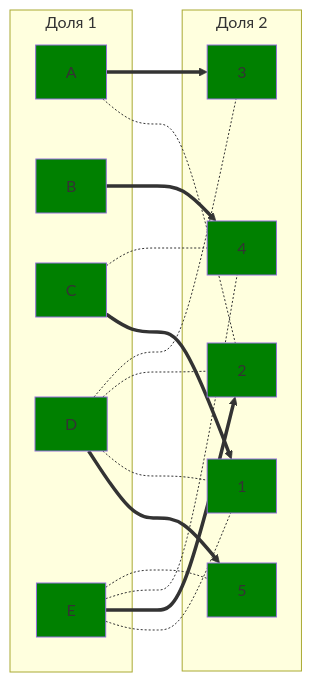
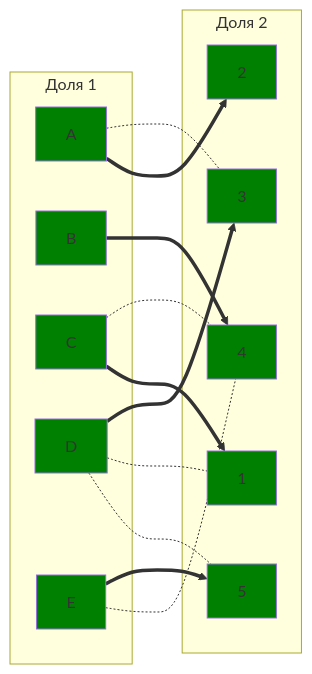
One commit to hse-algo-24-owl/manual-tasks-owl changed the seventh of 8 diagrams in task-8/second-task-8.md. Above: the diagram before and after it, drawn with Mermaid. The commit also changed other lines of this file, not shown here.

````diff
--- a/task-8/second-task-8.md
+++ b/task-8/second-task-8.md
@@ -256,40 +189,37 @@
 ```mermaid
 graph LR
     subgraph "Доля 1"
         A[A]
         B[B]
         C[C]
         D[D]
         E[E]
     end
     subgraph "Доля 2"
         1[1]
         2[2]
         3[3]
         4[4]
         5[5]
     end
-    A -.- 2
-    A ==> 3
+    A ==> 2
+    A -.- 3
     B ==> 4
     C ==> 1
     C -.- 4
-    D ==> 5
+    D -.- 5
     D -.- 1
-    D -.- 2
-    D -.- 3
-    E -.- 1
-    E ==> 2
+    D ==> 3
     E -.- 4
-    E -.- 5
+    E ==> 5
     style A fill:#008000
     style B fill:#008000
     style C fill:#008000
     style D fill:#008000
     style E fill:#008000
     style 1 fill:#008000
     style 2 fill:#008000
     style 3 fill:#008000
     style 4 fill:#008000
     style 5 fill:#008000
 ```
````
